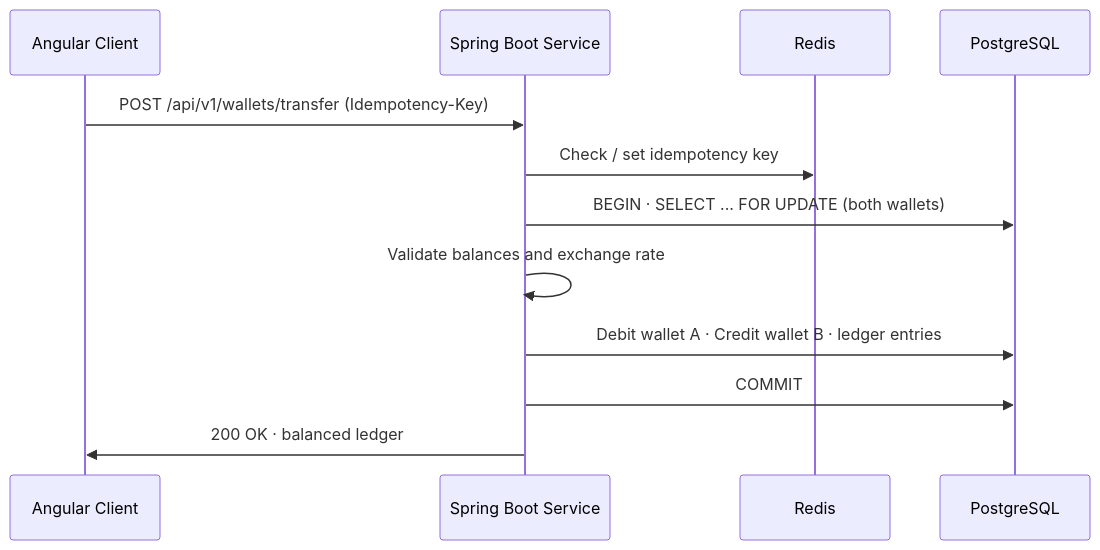
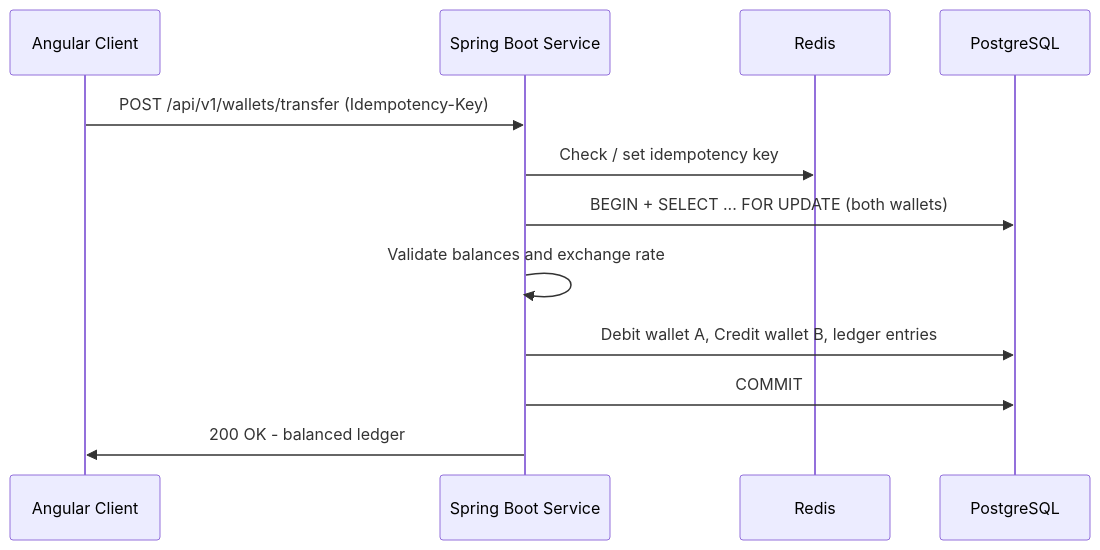
The fourth of 5 diagrams in README.md (SmartJk123/Fintech-Stack), drawn with Mermaid before and after one commit. The commit also changed other lines of this file, not shown here.

````diff
--- a/README.md
+++ b/README.md
@@ -251,15 +245,15 @@
 ```mermaid
 sequenceDiagram
     participant C as Angular Client
     participant S as Spring Boot Service
     participant R as Redis
     participant DB as PostgreSQL
 
     C->>S: POST /api/v1/wallets/transfer (Idempotency-Key)
     S->>R: Check / set idempotency key
-    S->>DB: BEGIN · SELECT ... FOR UPDATE (both wallets)
+    S->>DB: BEGIN + SELECT ... FOR UPDATE (both wallets)
     S->>S: Validate balances and exchange rate
-    S->>DB: Debit wallet A · Credit wallet B · ledger entries
+    S->>DB: Debit wallet A, Credit wallet B, ledger entries
     S->>DB: COMMIT
-    S->>C: 200 OK · balanced ledger
+    S->>C: 200 OK - balanced ledger
 ```
````
